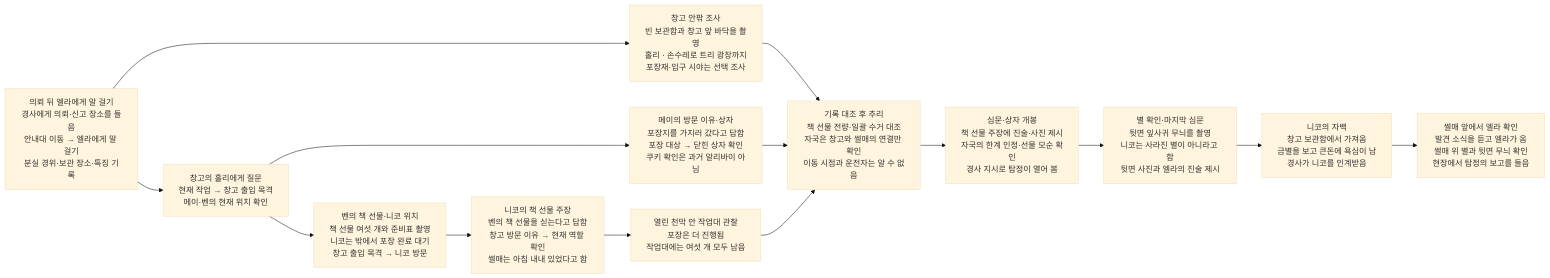
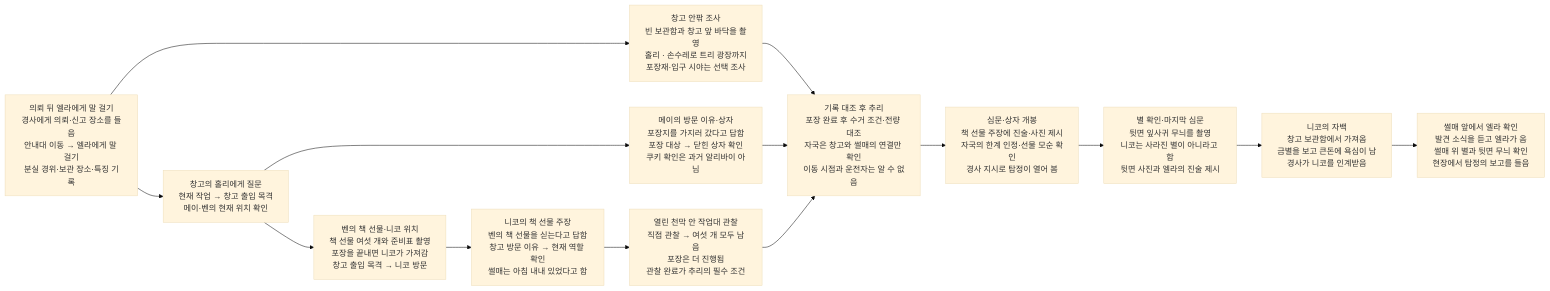
Before and after one commit to wonny95/detective-v2: the second of 2 diagrams in design/case-10-christmas-star.md, drawn with Mermaid (base theme). The commit also changed other lines of this file and 2 other files, not shown here.

````diff
--- a/design/case-10-christmas-star.md
+++ b/design/case-10-christmas-star.md
@@ -47,28 +47,28 @@
 ```mermaid
 flowchart LR
     s1["의뢰 뒤 엘라에게 말 걸기<br/>경사에게 의뢰·신고 장소를 들음<br/>안내대 이동 → 엘라에게 말 걸기<br/>분실 경위·보관 장소·특징 기록"]
     s2["창고의 홀리에게 질문<br/>현재 작업 → 창고 출입 목격<br/>메이·벤의 현재 위치 확인"]
     s3["창고 안팎 조사<br/>빈 보관함과 창고 앞 바닥을 촬영<br/>홀리 · 손수레로 트리 광장까지<br/>포장재·입구 시야는 선택 조사"]
     s4["메이의 방문 이유·상자<br/>포장지를 가지러 갔다고 답함<br/>포장 대상 → 닫힌 상자 확인<br/>쿠키 확인은 과거 알리바이 아님"]
-    s5["벤의 책 선물·니코 위치<br/>책 선물 여섯 개와 준비표 촬영<br/>니코는 밖에서 포장 완료 대기<br/>창고 출입 목격 → 니코 방문"]
+    s5["벤의 책 선물·니코 위치<br/>책 선물 여섯 개와 준비표 촬영<br/>포장을 끝내면 니코가 가져감<br/>창고 출입 목격 → 니코 방문"]
     s6["니코의 책 선물 주장<br/>벤의 책 선물을 싣는다고 답함<br/>창고 방문 이유 → 현재 역할 확인<br/>썰매는 아침 내내 있었다고 함"]
-    s7["열린 천막 안 작업대 관찰<br/>포장은 더 진행됨<br/>작업대에는 여섯 개 모두 남음"]
-    s8["기록 대조 후 추리<br/>책 선물 전량·일괄 수거 대조<br/>자국은 창고와 썰매의 연결만 확인<br/>이동 시점과 운전자는 알 수 없음"]
+    s7["열린 천막 안 작업대 관찰<br/>직접 관찰 → 여섯 개 모두 남음<br/>포장은 더 진행됨<br/>관찰 완료가 추리의 필수 조건"]
+    s8["기록 대조 후 추리<br/>포장 완료 후 수거 조건·전량 대조<br/>자국은 창고와 썰매의 연결만 확인<br/>이동 시점과 운전자는 알 수 없음"]
     s9["심문·상자 개봉<br/>책 선물 주장에 진술·사진 제시<br/>자국의 한계 인정·선물 모순 확인<br/>경사 지시로 탐정이 열어 봄"]
     s10["별 확인·마지막 심문<br/>뒷면 잎사귀 무늬를 촬영<br/>니코는 사라진 별이 아니라고 함<br/>뒷면 사진과 엘라의 진술 제시"]
     s11["니코의 자백<br/>창고 보관함에서 가져옴<br/>금별을 보고 큰돈에 욕심이 남<br/>경사가 니코를 인계받음"]
     s12["썰매 앞에서 엘라 확인<br/>발견 소식을 듣고 엘라가 옴<br/>썰매 위 별과 뒷면 무늬 확인<br/>현장에서 탐정의 보고를 들음"]
     s1 --> s2
     s1 --> s3
     s2 --> s4
     s2 --> s5
     s3 --> s8
     s4 --> s8
     s5 --> s6
     s6 --> s7
     s7 --> s8
     s8 --> s9
     s9 --> s10
     s10 --> s11
     s11 --> s12
 ```
````
